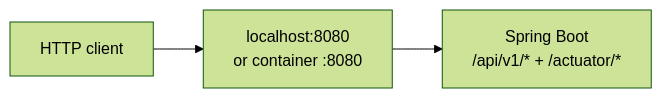
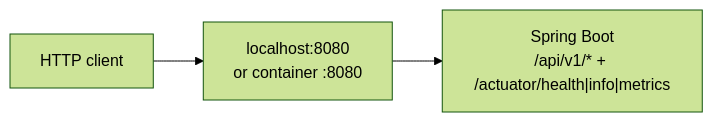
One commit to rmkr-dev/spring-boot-aks-blueprint changed the first of 2 diagrams in docs/architecture/network-diagram.md. Above: the diagram before and after it, drawn with Mermaid (forest theme). The commit also changed other lines of this file, not shown here.

````diff
--- a/docs/architecture/network-diagram.md
+++ b/docs/architecture/network-diagram.md
@@ -13,5 +16,5 @@
 ```mermaid
 flowchart LR
   Client["HTTP client"] --> Local["localhost:8080<br/>or container :8080"]
-  Local --> App["Spring Boot<br/>/api/v1/* + /actuator/*"]
+  Local --> App["Spring Boot<br/>/api/v1/* + /actuator/health|info|metrics"]
 ```
````
